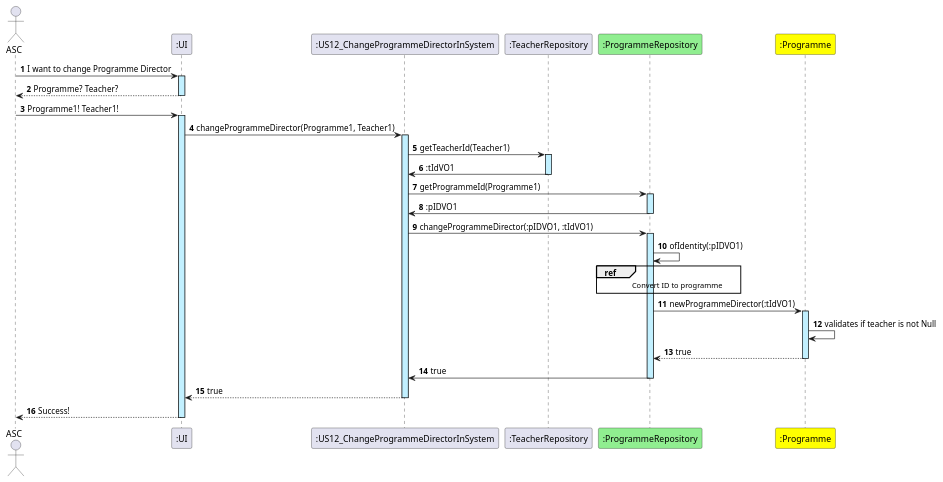
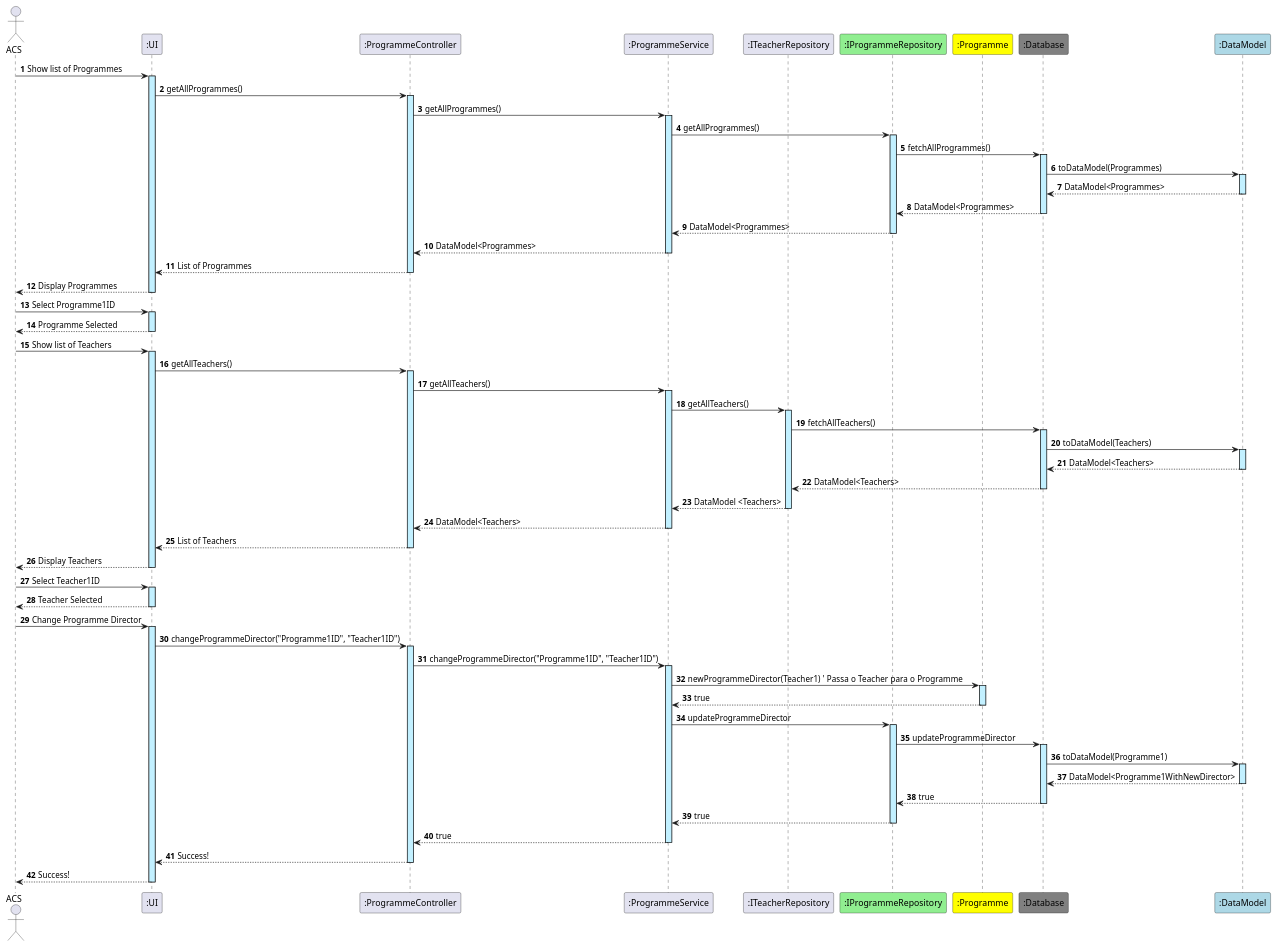
Before and after one commit to GasparISEP/DevOps-PAI: the diagram in docs/US12/US12_ChangeProgrammeDirectorInSystem.puml, drawn with PlantUML. The commit also changed 1 other file, not shown here.

```diff
--- a/docs/US12/US12_ChangeProgrammeDirectorInSystem.puml
+++ b/docs/US12/US12_ChangeProgrammeDirectorInSystem.puml
@@ -1,50 +1,116 @@
 @startuml
-actor ASC
+actor ACS
 participant ":UI" as UI
-participant ":US12_ChangeProgrammeDirectorInSystem" as US12
-participant ":TeacherRepository" as TR
-participant ":ProgrammeRepository" as PL #lightgreen
+participant ":ProgrammeController" as Controller
+participant ":ProgrammeService" as Service
+participant ":ITeacherRepository" as TR
+participant ":IProgrammeRepository" as PR #lightgreen
 participant ":Programme" as PG #yellow
+participant ":Database" as DB #gray
+participant ":DataModel" as DM #lightblue
 autonumber
 
-ASC -> UI : I want to change Programme Director
+' Primeira interação: Solicitar lista de Programmes
+ACS -> UI : Show list of Programmes
 activate UI #application
-UI --> ASC : Programme? Teacher?
+UI -> Controller : getAllProgrammes()
+activate Controller #application
+Controller -> Service : getAllProgrammes()
+activate Service #application
+Service -> PR : getAllProgrammes()
+activate PR #application
+PR -> DB : fetchAllProgrammes()
+activate DB #application
+DB -> DM : toDataModel(Programmes)
+activate DM #application
+DM --> DB : DataModel<Programmes>
+deactivate DM
+DB --> PR : DataModel<Programmes>
+deactivate DB
+PR --> Service : DataModel<Programmes>
+deactivate PR
+Service --> Controller : DataModel<Programmes>
+deactivate Service
+Controller --> UI : List of Programmes
+deactivate Controller
+UI --> ACS : Display Programmes
 deactivate UI
 
-ASC -> UI : Programme1! Teacher1!
+' ACS escolhe um Programme
+ACS -> UI : Select Programme1ID
 activate UI #application
-UI -> US12 : changeProgrammeDirector(Programme1, Teacher1)
-activate US12 #application
+UI --> ACS : Programme Selected
+deactivate UI
 
-US12 -> TR : getTeacherId(Teacher1)
+' Segunda interação: Solicitar lista de Teachers
+ACS -> UI : Show list of Teachers
+activate UI #application
+UI -> Controller : getAllTeachers()
+activate Controller #application
+Controller -> Service : getAllTeachers()
+activate Service #application
+Service -> TR : getAllTeachers()
 activate TR #application
-TR -> US12 : :tIdVO1
+TR -> DB : fetchAllTeachers()
+activate DB #application
+DB -> DM : toDataModel(Teachers)
+activate DM #application
+DM --> DB : DataModel<Teachers>
+deactivate DM
+DB --> TR : DataModel<Teachers>
+deactivate DB
+TR --> Service: DataModel <Teachers>
 deactivate TR
-US12 -> PL : getProgrammeId(Programme1)
-activate PL #application
-PL -> US12 : :pIDVO1
-deactivate PL
+Service --> Controller : DataModel<Teachers>
+deactivate Service
+Controller --> UI : List of Teachers
+deactivate Controller
+UI --> ACS : Display Teachers
+deactivate UI
 
-US12 -> PL :changeProgrammeDirector(:pIDVO1, :tIdVO1)
-activate PL #application
+' ACS escolhe um Teacher
+ACS -> UI : Select Teacher1ID
+activate UI #application
+UI --> ACS : Teacher Selected
+deactivate UI
 
-PL -> PL : ofIdentity(:pIDVO1)
-ref over PL
-    \t \t Convert ID to programme \t
-end ref
+' Terceira interação: Mudar o director do programa
+ACS -> UI : Change Programme Director
+activate UI #application
+UI -> Controller : changeProgrammeDirector("Programme1ID", "Teacher1ID")
+activate Controller #application
 
-PL -> PG : newProgrammeDirector(:tIdVO1)
+Controller -> Service : changeProgrammeDirector("Programme1ID", "Teacher1ID")
+activate Service #application
+
+
+
+Service -> PG : newProgrammeDirector(Teacher1)  ' Passa o Teacher para o Programme
 activate PG #application
-PG -> PG : validates if teacher is not Null
+PG --> Service : true
+deactivate PG
 
-PG --> PL : true
-deactivate PG
-PL->US12 : true
-deactivate PL
-US12 --> UI : true
-deactivate US12
 
-UI --> ASC : Success!
+Service -> PR : updateProgrammeDirector
+activate PR #application
+PR -> DB : updateProgrammeDirector
+activate DB #application
+DB -> DM : toDataModel(Programme1)
+activate DM #application
+DM --> DB : DataModel<Programme1WithNewDirector>
+deactivate DM
+DB --> PR : true
+deactivate DB
+PR --> Service : true
+deactivate PR
+
+
+Service --> Controller : true
+deactivate Service
+
+Controller --> UI : Success!
+deactivate Controller
+UI --> ACS : Success!
 deactivate UI
+
 @enduml
```
